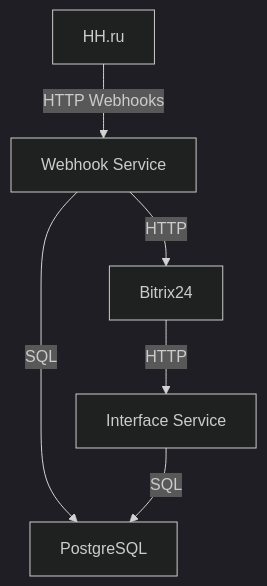
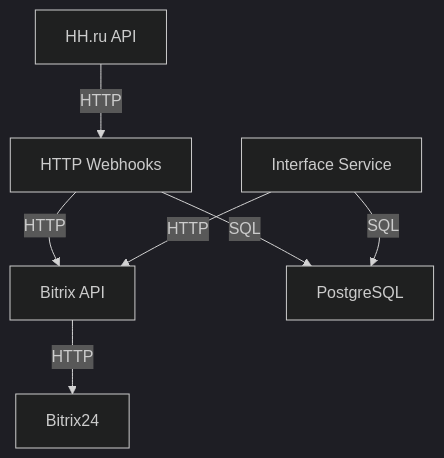
Before and after one commit to tyrypic/integration-headhunter: the diagram in README.md, drawn with Mermaid (dark theme).

````diff
--- a/README.md
+++ b/README.md
@@ -1,8 +1,9 @@
 ```mermaid
 graph TD;
-    HHru[HH.ru] -->|HTTP Webhooks| WebhookService[Webhook Service];
+    HHru[HH.ru API] -->|HTTP| WebhookService[HTTP Webhooks];
+    WebhookService -->|HTTP| BitrixAPI[Bitrix API];
     WebhookService -->|SQL| PostgreSQL[PostgreSQL];
-    WebhookService -->|HTTP| Bitrix24[Bitrix24];
-    Bitrix24 -->|HTTP| InterfaceService[Interface Service];
+    InterfaceService[Interface Service] -->|HTTP| BitrixAPI;
     InterfaceService -->|SQL| PostgreSQL;
+    BitrixAPI -->|HTTP| Bitrix24[Bitrix24];
 ```
````
